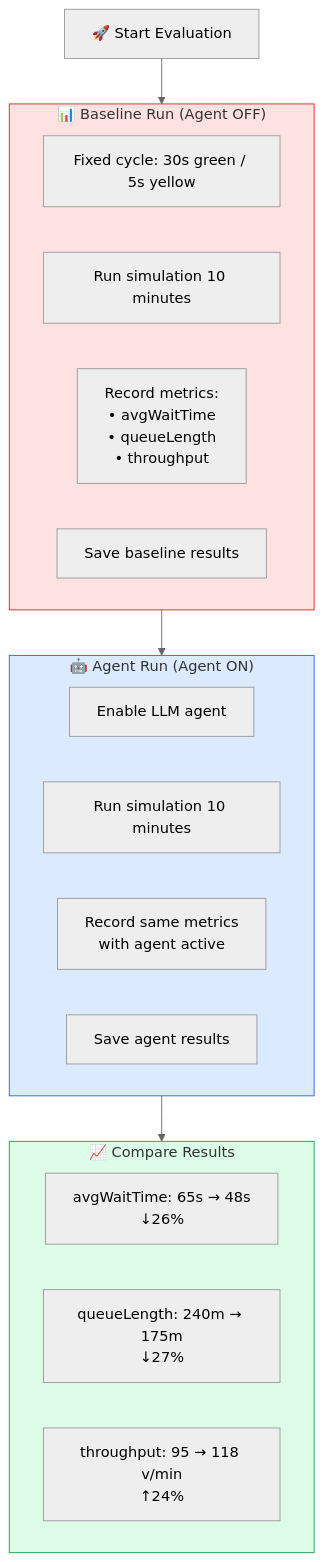
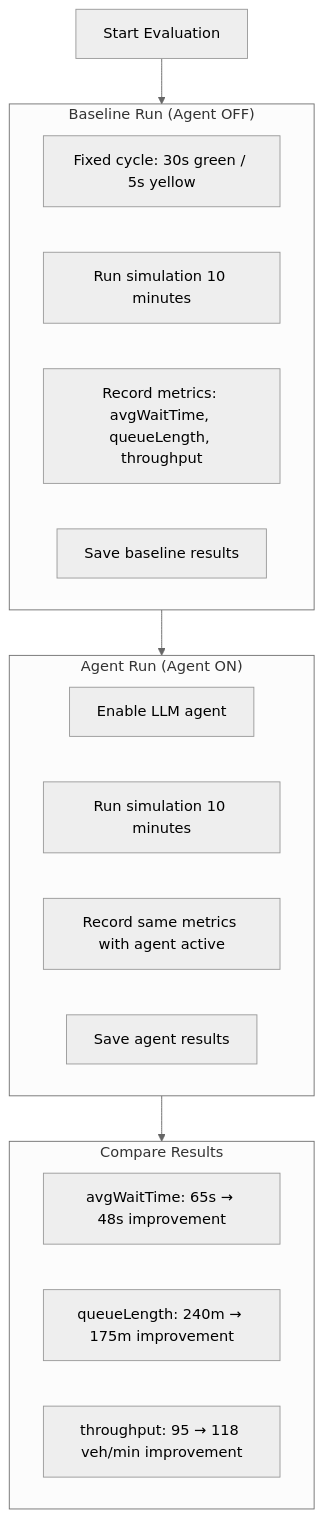
Before and after one commit to tanh1c/agent-traffic: the eighth of 9 diagrams in docs/architecture.md, drawn with Mermaid (neutral theme). The commit also changed other lines of this file, not shown here.

Commit message:
docs: use default mermaid colors and English only

````diff
--- a/docs/architecture.md
+++ b/docs/architecture.md
@@ -299,32 +288,28 @@
 ```mermaid
 flowchart TB
-    START["🚀 Start Evaluation"]
+    START["Start Evaluation"]
 
-    subgraph BASELINE["📊 Baseline Run (Agent OFF)"]
+    subgraph BASELINE["Baseline Run (Agent OFF)"]
         B1["Fixed cycle: 30s green / 5s yellow"]
         B2["Run simulation 10 minutes"]
-        B3["Record metrics:<br/>• avgWaitTime<br/>• queueLength<br/>• throughput"]
+        B3["Record metrics: avgWaitTime, queueLength, throughput"]
         B4["Save baseline results"]
     end
 
-    subgraph AGENT_RUN["🤖 Agent Run (Agent ON)"]
+    subgraph AGENT_RUN["Agent Run (Agent ON)"]
         A1["Enable LLM agent"]
         A2["Run simulation 10 minutes"]
-        A3["Record same metrics<br/>with agent active"]
+        A3["Record same metrics with agent active"]
         A4["Save agent results"]
     end
 
-    subgraph COMPARE["📈 Compare Results"]
-        C1["avgWaitTime: 65s → 48s<br/>↓26%"]
-        C2["queueLength: 240m → 175m<br/>↓27%"]
-        C3["throughput: 95 → 118 v/min<br/>↑24%"]
+    subgraph COMPARE["Compare Results"]
+        C1["avgWaitTime: 65s → 48s improvement"]
+        C2["queueLength: 240m → 175m improvement"]
+        C3["throughput: 95 → 118 veh/min improvement"]
     end
 
     START --> BASELINE
     BASELINE --> AGENT_RUN
     AGENT_RUN --> COMPARE
-
-    style BASELINE fill:#fee2e2,stroke:#dc2626
-    style AGENT_RUN fill:#dbeafe,stroke:#2563eb
-    style COMPARE fill:#dcfce7,stroke:#16a34a
 ```
````
